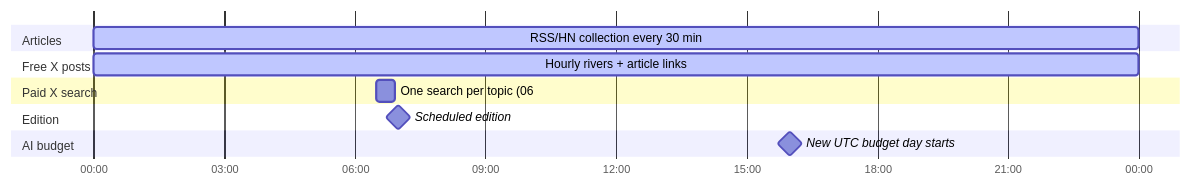
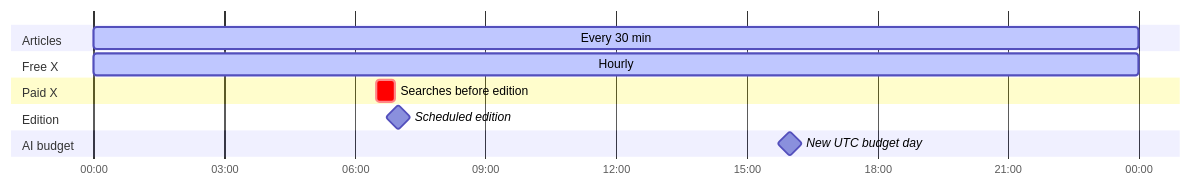
Before and after one commit to EmmadUsmani/news-digest: the first of 2 diagrams in docs/handbook/01-app/03-jobs-and-schedules.md, drawn with Mermaid. The commit also changed other lines of this file and 10 other files, not shown here.

First line of the commit message:
Handbook: audit and fix every diagram for overlaps and clarity

````diff
--- a/docs/handbook/01-app/03-jobs-and-schedules.md
+++ b/docs/handbook/01-app/03-jobs-and-schedules.md
@@ -20,15 +20,16 @@
 ```mermaid
 gantt
   dateFormat HH:mm
   axisFormat %H:%M
+  todayMarker off
   section Articles
-  RSS/HN collection every 30 min      :active, 00:00, 24h
-  section Free X posts
-  Hourly rivers + article links       :active, 00:00, 24h
-  section Paid X search
-  One search per topic (06:30–06:55)  :crit, 06:30, 25m
+  Every 30 min         :active, 00:00, 24h
+  section Free X
+  Hourly               :active, 00:00, 24h
+  section Paid X
+  Searches before edition :crit, 06:30, 25m
   section Edition
-  Scheduled edition                   :milestone, 07:00, 0m
+  Scheduled edition    :milestone, 07:00, 0m
   section AI budget
-  New UTC budget day starts           :milestone, 16:00, 0m
+  New UTC budget day   :milestone, 16:00, 0m
 ```
````
